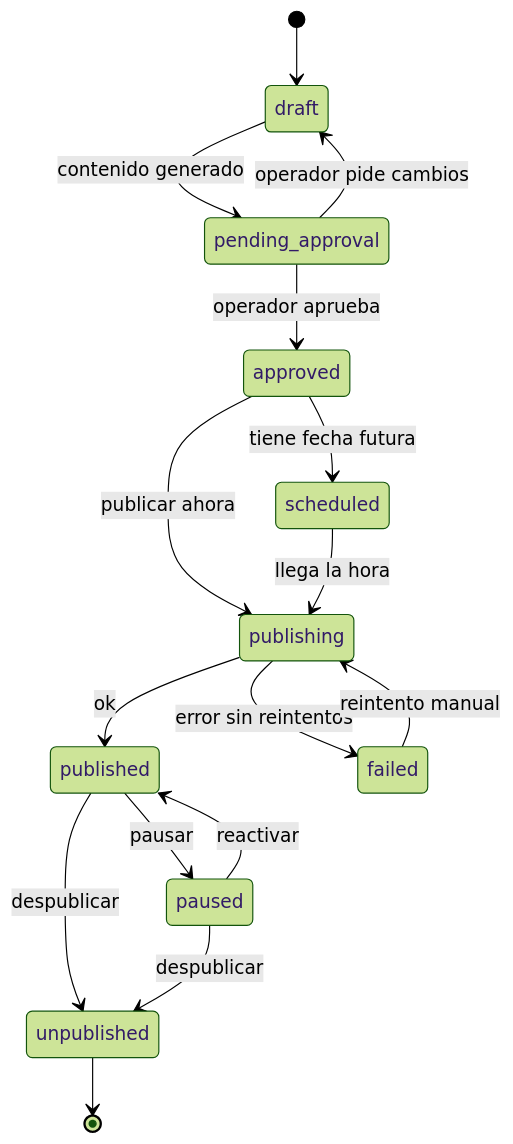
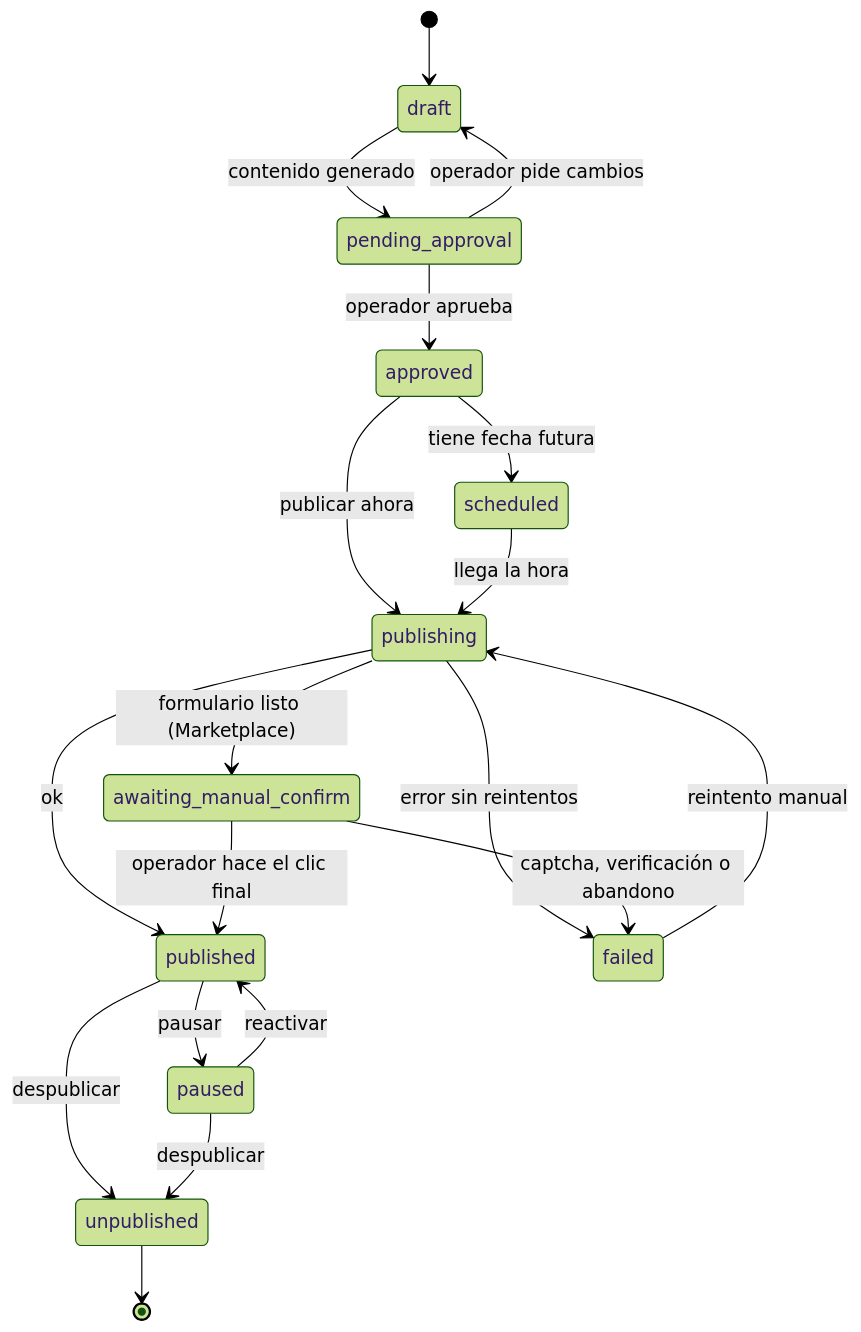
Before and after one commit to vicentewolde/AgentSales: the second of 2 diagrams in docs/01-arquitectura.md, drawn with Mermaid (forest theme). The commit also changed other lines of this file and 16 other files, not shown here.

````diff
--- a/docs/01-arquitectura.md
+++ b/docs/01-arquitectura.md
@@ -132,18 +132,21 @@
 ```mermaid
 stateDiagram-v2
   [*] --> draft
   draft --> pending_approval: contenido generado
   pending_approval --> approved: operador aprueba
   pending_approval --> draft: operador pide cambios
   approved --> scheduled: tiene fecha futura
   approved --> publishing: publicar ahora
   scheduled --> publishing: llega la hora
   publishing --> published: ok
   publishing --> failed: error sin reintentos
   failed --> publishing: reintento manual
   published --> paused: pausar
   paused --> published: reactivar
   published --> unpublished: despublicar
   paused --> unpublished: despublicar
+  publishing --> awaiting_manual_confirm: formulario listo (Marketplace)
+  awaiting_manual_confirm --> published: operador hace el clic final
+  awaiting_manual_confirm --> failed: captcha, verificación o abandono
   unpublished --> [*]
 ```
````
